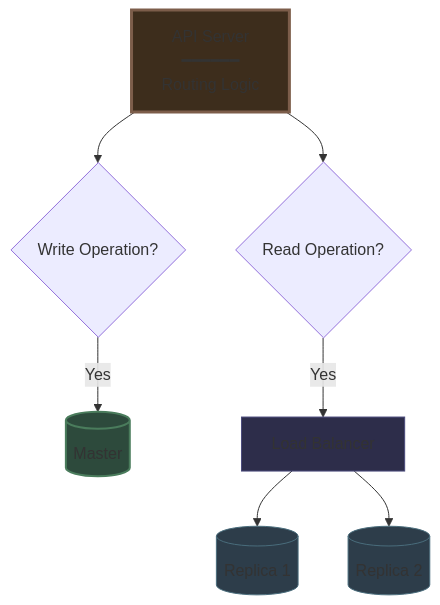
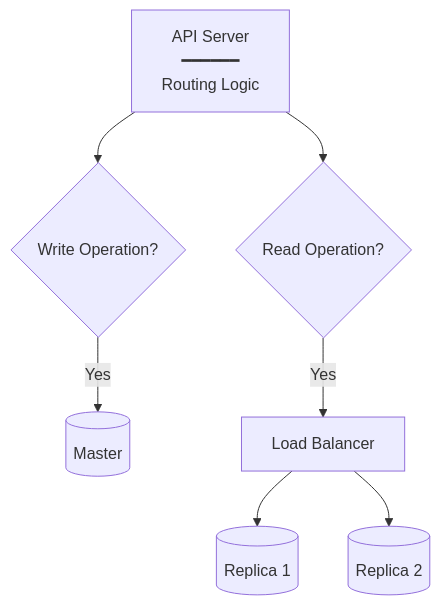
One commit to Yash-Kavaiya/The-System-Design-Masterclass changed the sixth of 19 diagrams in system design beginner/7. Scaling Databases.md. Above: the diagram before and after it, drawn with Mermaid. The commit also changed other lines of this file, not shown here.

````diff
--- a/system design beginner/7. Scaling Databases.md
+++ b/system design beginner/7. Scaling Databases.md
@@ -169,26 +150,21 @@
 ```mermaid
 graph TB
     API[API Server<br/>━━━━━━<br/>Routing Logic]
     
     WRITE{Write Operation?}
     READ{Read Operation?}
     
     MASTER[(Master)]
     REPLICA1[(Replica 1)]
     REPLICA2[(Replica 2)]
     
     API --> WRITE
     API --> READ
     
     WRITE -->|Yes| MASTER
     READ -->|Yes| LB[Load Balancer]
     
     LB --> REPLICA1
     LB --> REPLICA2
     
-    style API fill:#3d2d1c,stroke:#7c5d4a,stroke-width:3px
-    style MASTER fill:#2d4a3c,stroke:#4a7c5c,stroke-width:2px
-    style REPLICA1 fill:#2d3d4a,stroke:#4a6d7c
-    style REPLICA2 fill:#2d3d4a,stroke:#4a6d7c
-    style LB fill:#2d2d4a,stroke:#4a4a7c
 ```
````
